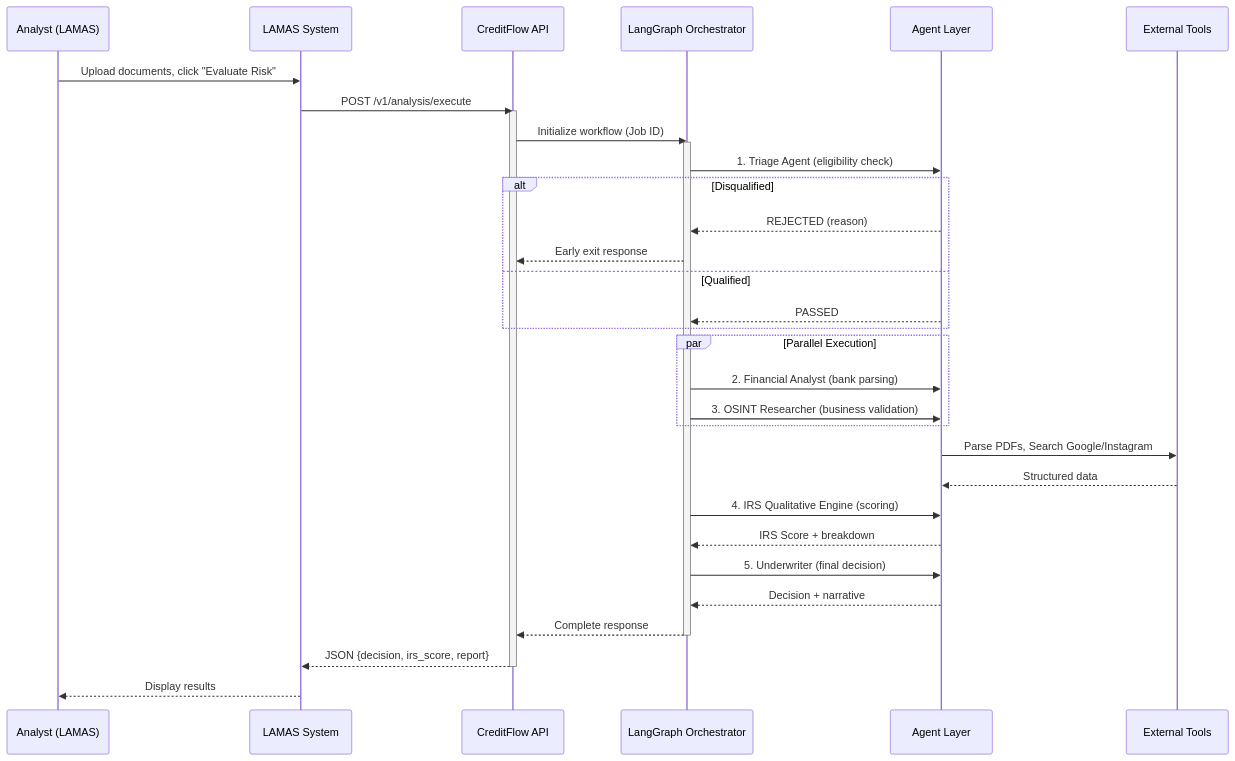
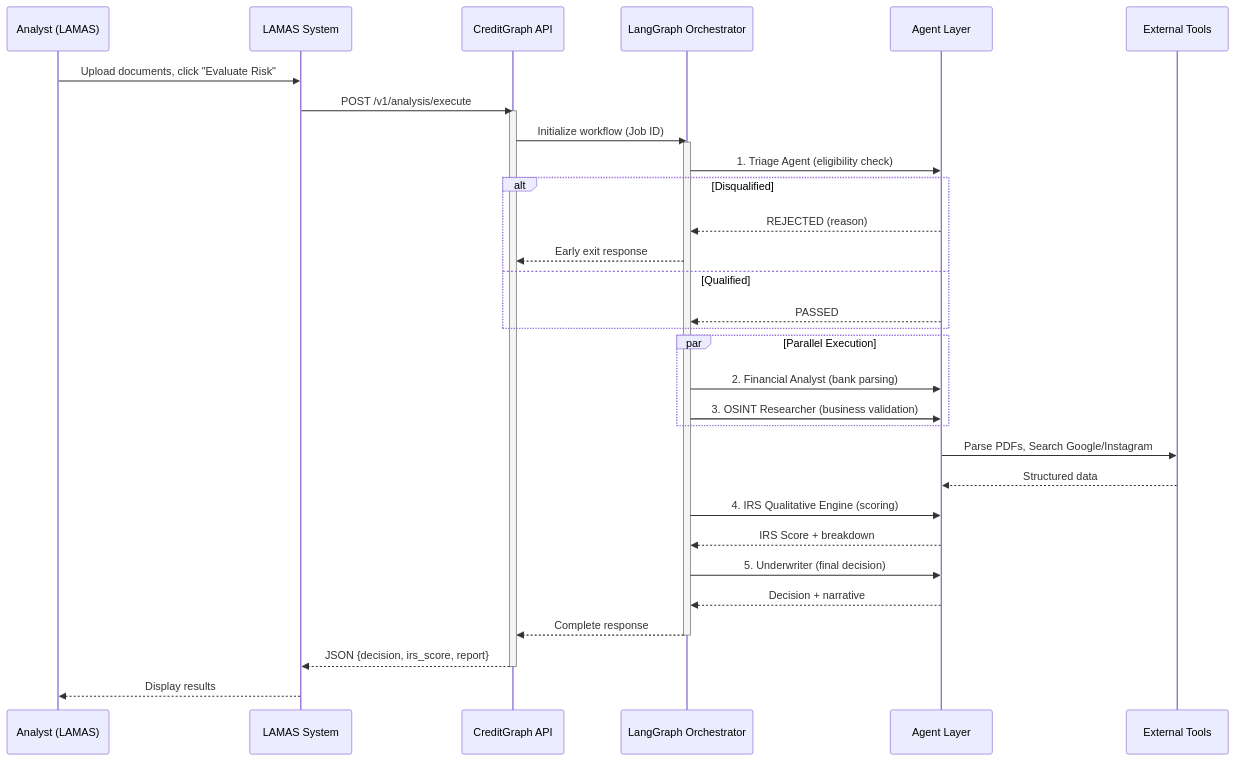
The first of 3 diagrams in docs/planning/prd.md (ibernabel/financial-risk-agent-graph), drawn with Mermaid before and after one commit. The commit also changed other lines of this file and 15 other files, not shown here.

First line of the commit message:
refactor: rename project from CreditFlow AI to CreditGraph AI

````diff
--- a/docs/planning/prd.md
+++ b/docs/planning/prd.md
@@ -81,43 +81,43 @@
 ```mermaid
 sequenceDiagram
     participant User as Analyst (LAMAS)
     participant LAMAS as LAMAS System
-    participant API as CreditFlow API
+    participant API as CreditGraph API
     participant Graph as LangGraph Orchestrator
     participant Agents as Agent Layer
     participant Tools as External Tools
 
     User->>LAMAS: Upload documents, click "Evaluate Risk"
     LAMAS->>API: POST /v1/analysis/execute
     activate API
     API->>Graph: Initialize workflow (Job ID)
     activate Graph
 
     Graph->>Agents: 1. Triage Agent (eligibility check)
     alt Disqualified
         Agents-->>Graph: REJECTED (reason)
         Graph-->>API: Early exit response
     else Qualified
         Agents-->>Graph: PASSED
     end
 
     par Parallel Execution
         Graph->>Agents: 2. Financial Analyst (bank parsing)
         Graph->>Agents: 3. OSINT Researcher (business validation)
     end
 
     Agents->>Tools: Parse PDFs, Search Google/Instagram
     Tools-->>Agents: Structured data
 
     Graph->>Agents: 4. IRS Qualitative Engine (scoring)
     Agents-->>Graph: IRS Score + breakdown
 
     Graph->>Agents: 5. Underwriter (final decision)
     Agents-->>Graph: Decision + narrative
 
     Graph-->>API: Complete response
     deactivate Graph
     API-->>LAMAS: JSON {decision, irs_score, report}
     deactivate API
     LAMAS-->>User: Display results
 ```
````
